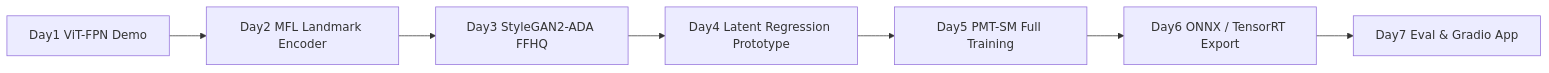
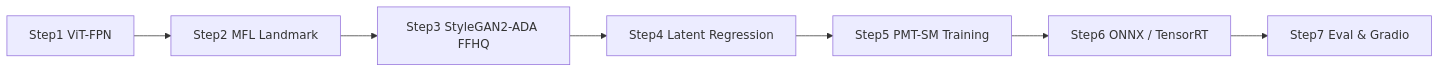
One commit to boson316/pmt-sm changed the diagram in README.md. Above: the diagram before and after it, drawn with Mermaid. The commit also changed other lines of this file, not shown here.

Commit message:
Update README for 3-hour PMT-SM pipeline

````diff
--- a/README.md
+++ b/README.md
@@ -20,9 +20,9 @@
 ```mermaid
 flowchart LR
-    A[Day1 ViT-FPN Demo] --> B[Day2 MFL Landmark Encoder]
-    B --> C[Day3 StyleGAN2-ADA FFHQ]
-    C --> D[Day4 Latent Regression Prototype]
-    D --> E[Day5 PMT-SM Full Training]
-    E --> F[Day6 ONNX / TensorRT Export]
-    F --> G[Day7 Eval & Gradio App]
+    A[Step1 ViT-FPN] --> B[Step2 MFL Landmark]
+    B --> C[Step3 StyleGAN2-ADA FFHQ]
+    C --> D[Step4 Latent Regression]
+    D --> E[Step5 PMT-SM Training]
+    E --> F[Step6 ONNX / TensorRT]
+    F --> G[Step7 Eval & Gradio]
 ```
````
